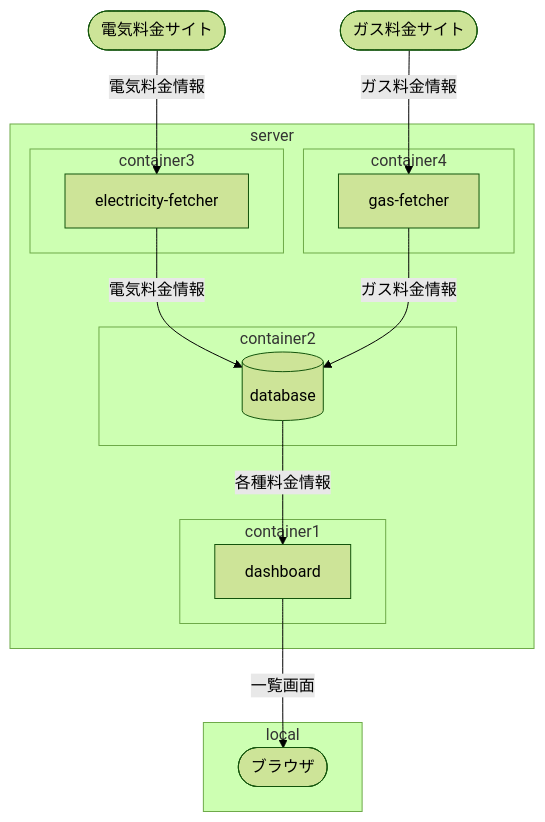
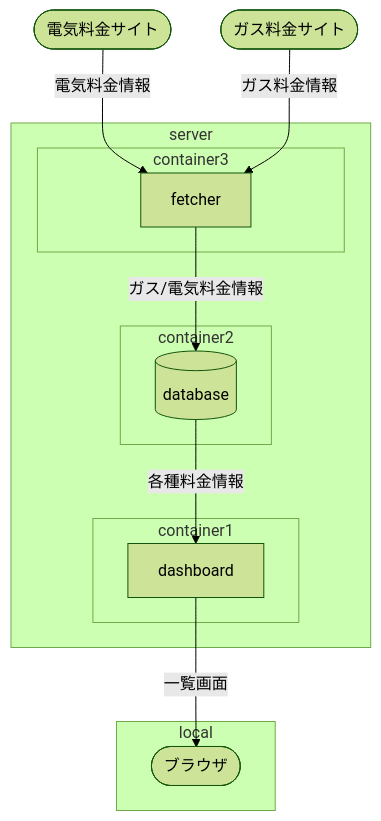
The diagram in README.md (canpok1/my-home-dashboard), drawn with Mermaid (forest theme) before and after one commit. The commit also changed 11 other files, not shown here.

````diff
--- a/README.md
+++ b/README.md
@@ -12,29 +12,27 @@
 ```mermaid
 flowchart TB
   subgraph local
     browser([ブラウザ])
   end
 
   subgraph server
     subgraph container1
       dashboard
     end
     subgraph container2
       db[(database)]
     end
     subgraph container3
-      electricity-fetcher
-    end
-    subgraph container4
-      gas-fetcher
+      fetcher
     end
   end
 
   electricity([電気料金サイト])
   gas([ガス料金サイト])
 
   dashboard -- 一覧画面 --> browser
   db -- 各種料金情報 --> dashboard
-  electricity -- 電気料金情報 --> electricity-fetcher -- 電気料金情報 --> db
-  gas -- ガス料金情報 --> gas-fetcher -- ガス料金情報 --> db
+  electricity -- 電気料金情報 --> fetcher
+  gas -- ガス料金情報 --> fetcher
+  fetcher -- ガス/電気料金情報 --> db
 ```
````
